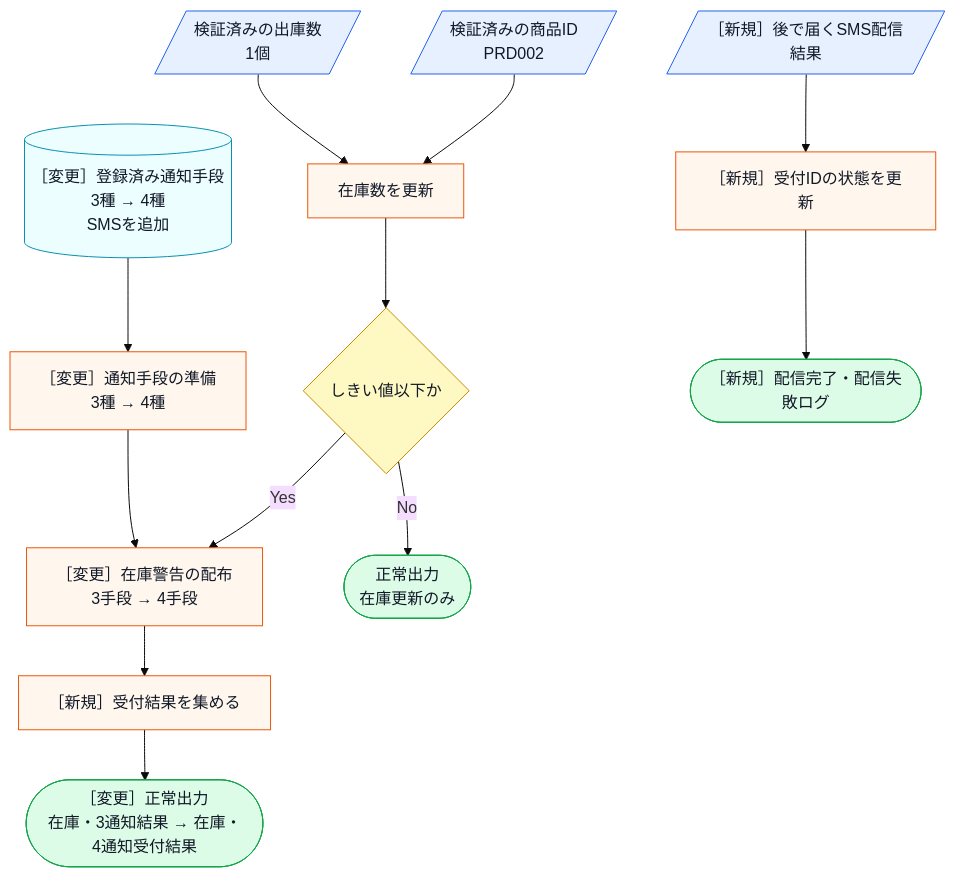
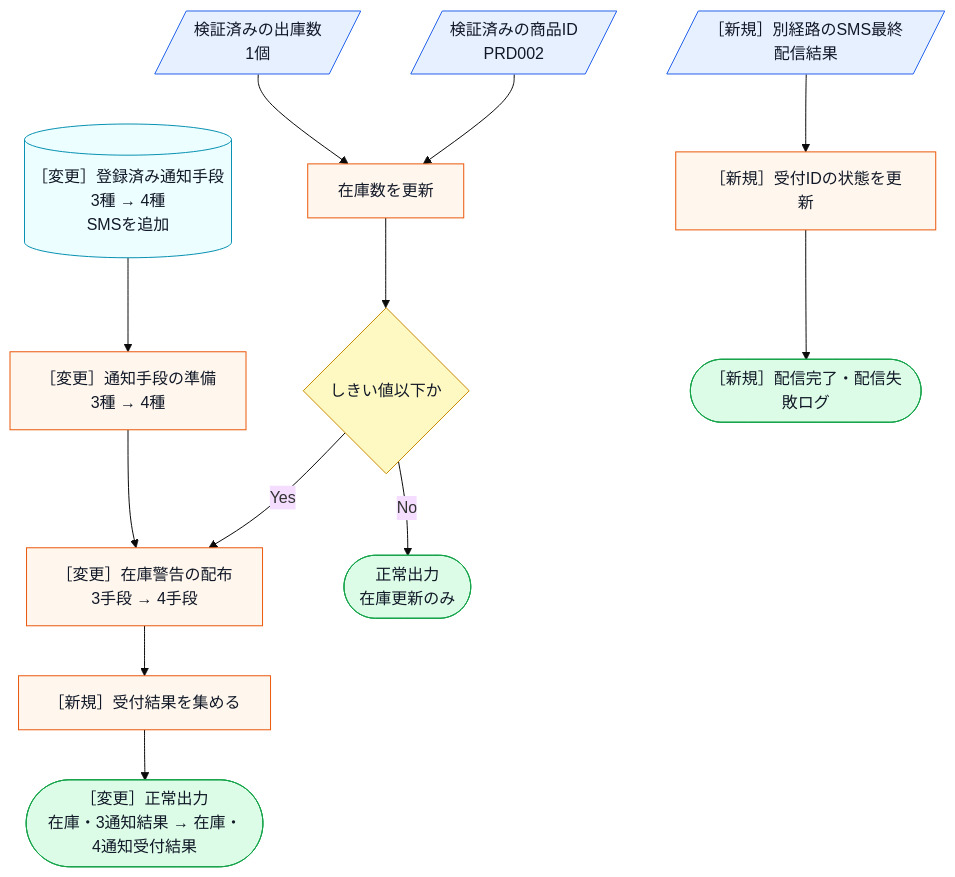
The sixth of 19 diagrams in kindle/design-patterns/books/volume01-core-patterns/output/05-chapter03.md (kumachan1101-pixel/DesignPattern), drawn with Mermaid (base theme) before and after one commit. The commit also changed other lines of this file and 3 other files, not shown here.

````diff
--- a/kindle/design-patterns/books/volume01-core-patterns/output/05-chapter03.md
+++ b/kindle/design-patterns/books/volume01-core-patterns/output/05-chapter03.md
@@ -904,20 +906,20 @@
 ```mermaid
 flowchart TB
     A[/検証済みの商品ID<br>PRD002/]:::input --> G[在庫数を更新]:::process
     C[/検証済みの出庫数<br>1個/]:::input --> G
     E[(［変更］登録済み通知手段<br>3種 → 4種<br>SMSを追加)]:::data --> F[［変更］通知手段の準備<br>3種 → 4種]:::process
     G --> H{しきい値以下か}:::decision
     H -->|Yes| I[［変更］在庫警告の配布<br>3手段 → 4手段]:::process
     F --> I
     I --> L[［新規］受付結果を集める]:::process
     L --> K([［変更］正常出力<br>在庫・3通知結果 → 在庫・4通知受付結果]):::normal
     H -->|No| J([正常出力<br>在庫更新のみ]):::normal
-    S[/［新規］後で届くSMS配信結果/]:::input --> O[［新規］受付IDの状態を更新]:::process
+    S[/［新規］別経路のSMS最終配信結果/]:::input --> O[［新規］受付IDの状態を更新]:::process
     O --> P([［新規］配信完了・配信失敗ログ]):::normal
 
     classDef data fill:#ecfeff,stroke:#0891b2,color:#111827;
     classDef input fill:#e7f0ff,stroke:#2563eb,color:#111827;
     classDef process fill:#fff7ed,stroke:#ea580c,color:#111827;
     classDef decision fill:#fef9c3,stroke:#ca8a04,color:#111827;
     classDef normal fill:#dcfce7,stroke:#16a34a,color:#111827;
 ```
````
